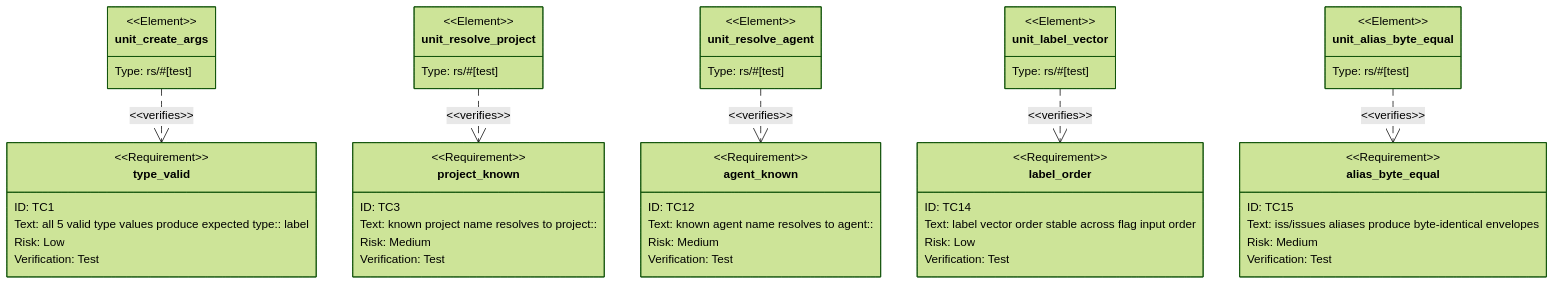
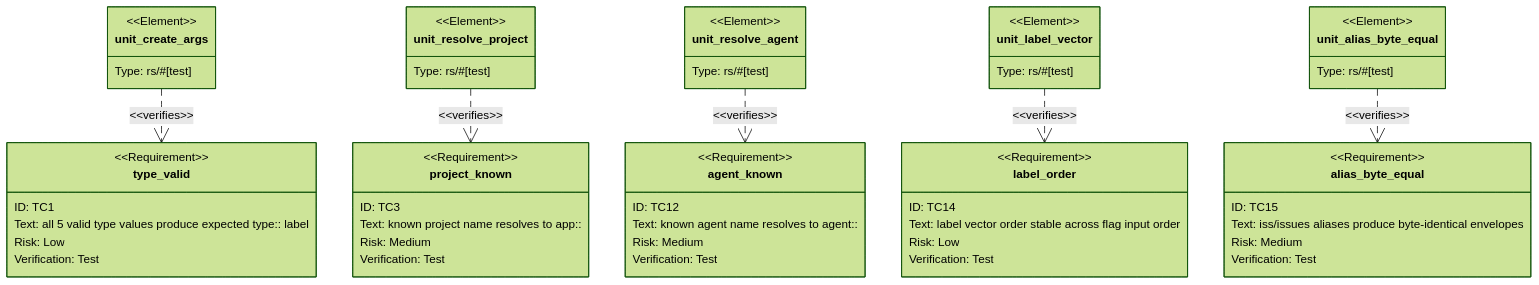
One commit to chrischeng-c4/axiom changed the third of 3 diagrams in apps/agentic-workflow/tech-design/surface/specs/score-wi-cli-redesign.md. Above: the diagram before and after it, drawn with Mermaid (forest theme). The commit also changed other lines of this file and 84 other files, not shown here.

First line of the commit message:
refactor(aw): adopt app and lib tracker labels

```diff
--- a/apps/agentic-workflow/tech-design/surface/specs/score-wi-cli-redesign.md
+++ b/apps/agentic-workflow/tech-design/surface/specs/score-wi-cli-redesign.md
@@ -364,7 +364,7 @@
     verify: test
   project_known:
     id: TC3
-    text: "known project name resolves to project::<config-label> from [[projects]]"
+    text: "known project name resolves to app::<config-label> from [[projects]]"
     kind: functional
     risk: medium
     verify: test
@@ -382,7 +382,7 @@
     verify: test
   project_card_epic_1:
     id: TC6
-    text: "epic with 1 --project succeeds; labels = [type::epic, project::<v>]"
+    text: "epic with 1 --project succeeds; labels = [type::epic, app::<v>]"
     kind: functional
     risk: low
     verify: test
@@ -492,7 +492,7 @@
     }
     requirement project_known {
       id: TC3
-      text: "known project name resolves to project::<config-label>"
+      text: "known project name resolves to app::<config-label>"
       risk: medium
       verifymethod: test
     }
```
